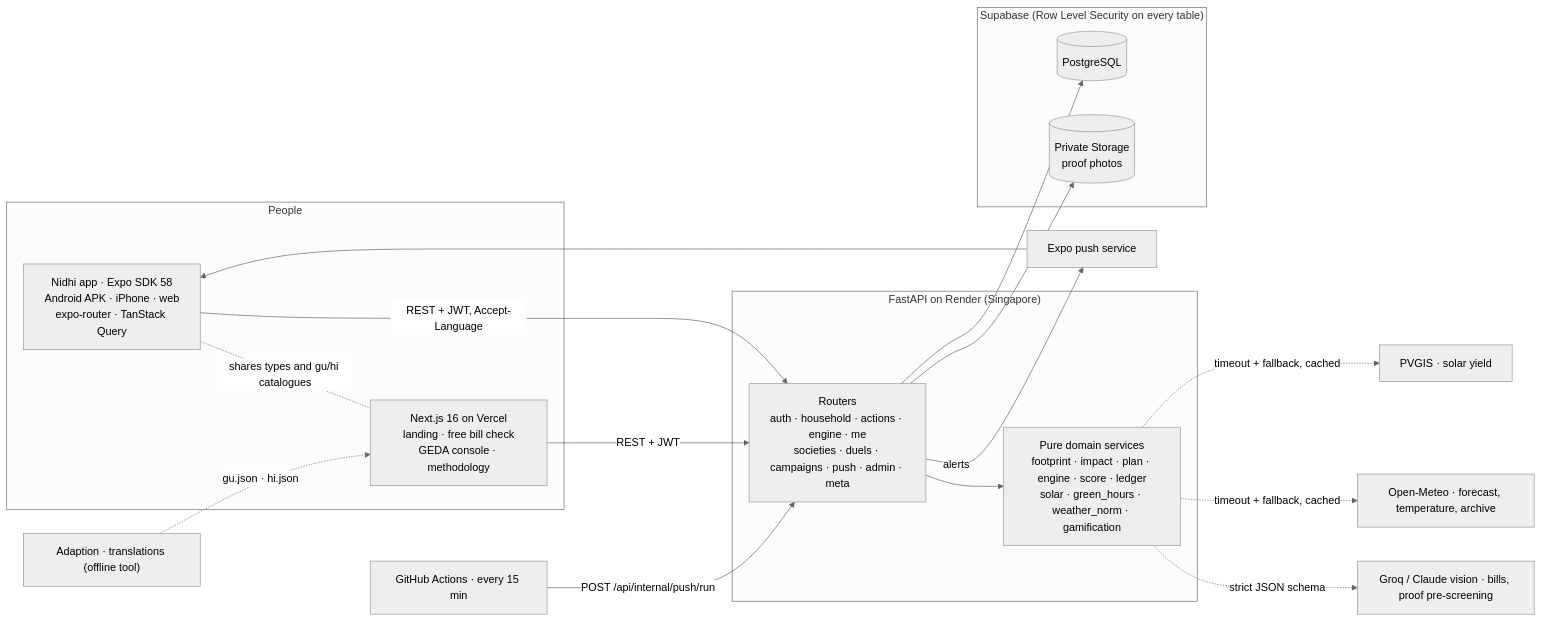
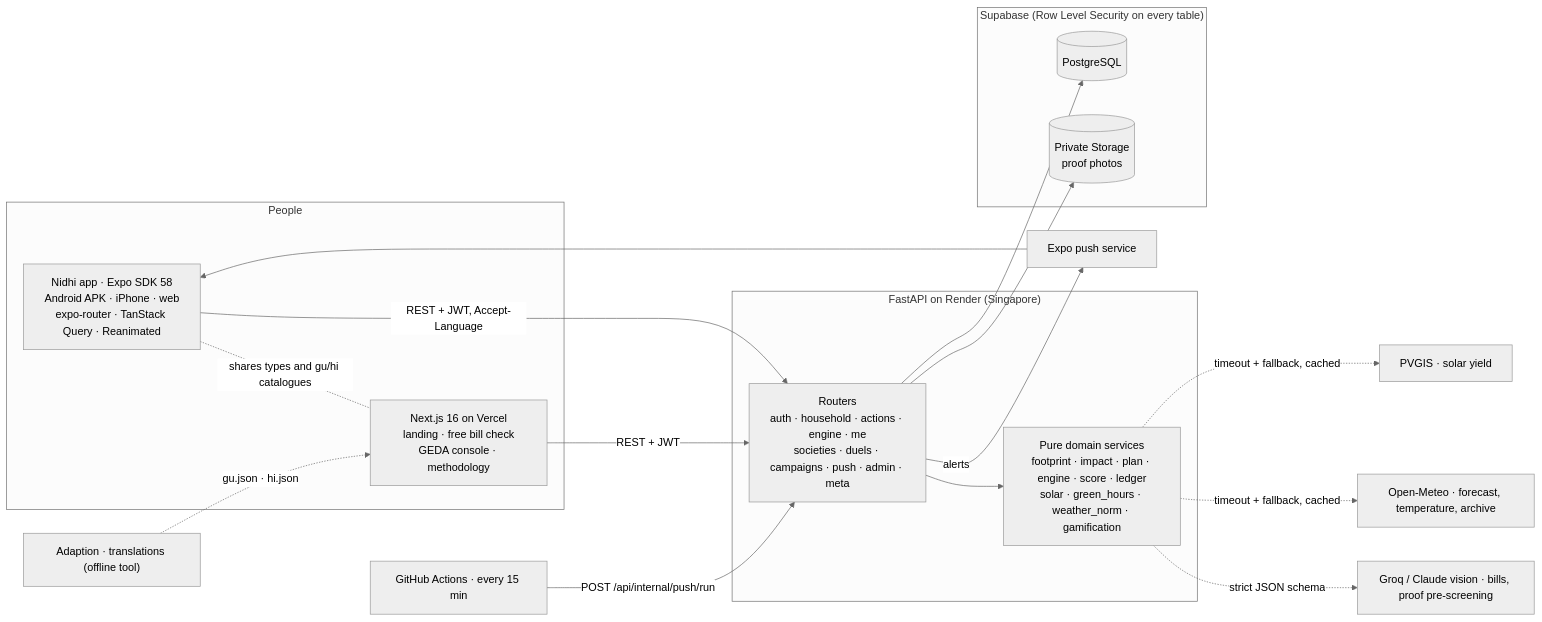
One commit to neevmodh/LiFEline changed the first of 2 diagrams in README.md. Above: the diagram before and after it, drawn with Mermaid (neutral theme). The commit also changed other lines of this file and 5 other files, not shown here.

Commit message:
docs: a full README with the tech stack up front, new app screenshots and the design

````diff
--- a/README.md
+++ b/README.md
@@ -77,34 +202,34 @@
 ```mermaid
 flowchart LR
     subgraph People
-        APP["Nidhi app · Expo SDK 58<br/>Android APK · iPhone · web<br/>expo-router · TanStack Query"]
+        APP["Nidhi app · Expo SDK 58<br/>Android APK · iPhone · web<br/>expo-router · TanStack Query · Reanimated"]
         WEB["Next.js 16 on Vercel<br/>landing · free bill check<br/>GEDA console · methodology"]
     end
     subgraph Render["FastAPI on Render (Singapore)"]
         R["Routers<br/>auth · household · actions · engine · me<br/>societies · duels · campaigns · push · admin · meta"]
         S["Pure domain services<br/>footprint · impact · plan · engine · score · ledger<br/>solar · green_hours · weather_norm · gamification"]
         R --> S
     end
     subgraph Supabase["Supabase (Row Level Security on every table)"]
         DB[("PostgreSQL")]
         ST[("Private Storage<br/>proof photos")]
     end
     PV["PVGIS · solar yield"]
     OM["Open-Meteo · forecast, temperature, archive"]
     AI["Groq / Claude vision · bills, proof pre-screening"]
     EXPO["Expo push service"]
     GH["GitHub Actions · every 15 min"]
     AD["Adaption · translations (offline tool)"]
 
     APP -- "REST + JWT, Accept-Language" --> R
     WEB -- "REST + JWT" --> R
     APP -. "shares types and gu/hi catalogues" .- WEB
     GH -- "POST /api/internal/push/run" --> R
     R -- "alerts" --> EXPO --> APP
     R --> DB
     R --> ST
     S -. "timeout + fallback, cached" .-> PV
     S -. "timeout + fallback, cached" .-> OM
     S -. "strict JSON schema" .-> AI
     AD -. "gu.json · hi.json" .-> WEB
 ```
````
